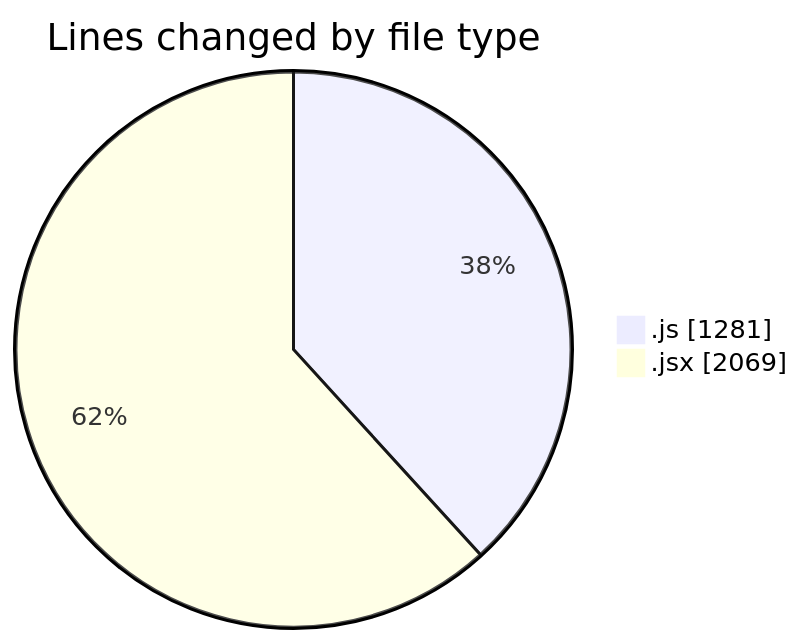
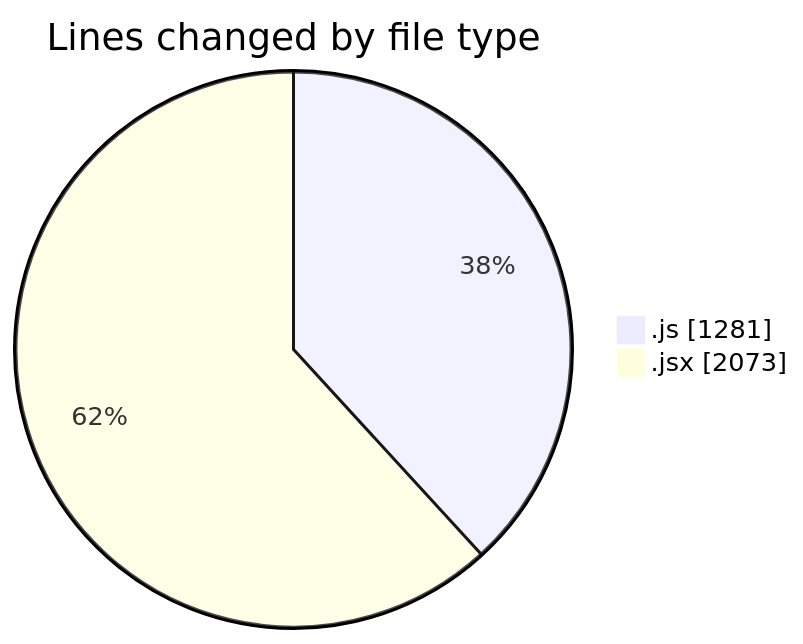
Before and after one commit to nxtqubesakshisongat/code-tracking: the first of 2 diagrams in 2025-08-28/nxtqube_webapp/README.md, drawn with Mermaid. The commit also changed other lines of this file and 1 other file, not shown here.

````diff
--- a/2025-08-28/nxtqube_webapp/README.md
+++ b/2025-08-28/nxtqube_webapp/README.md
@@ -25,6 +25,6 @@
 ```mermaid
 pie showData
 title Lines changed by file type
 ".js" : 1281
-".jsx" : 2069
+".jsx" : 2073
 ```
````
